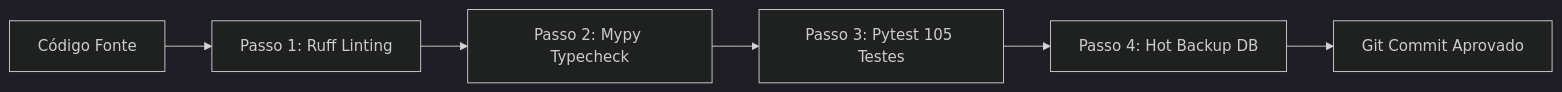
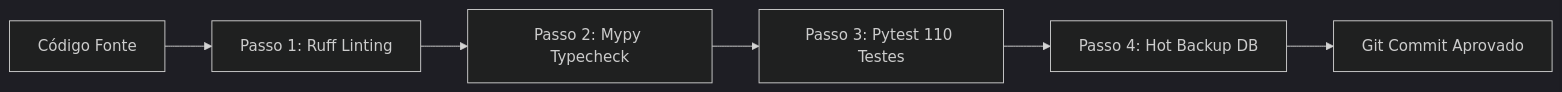
One commit to RobsonMendes37/victor-cell-autobot changed the third of 5 diagrams in docs/guia_engenharia_arquitetura_e_codigo_didatico.md. Above: the diagram before and after it, drawn with Mermaid (dark theme). The commit also changed other lines of this file and 8 other files, not shown here.

````diff
--- a/docs/guia_engenharia_arquitetura_e_codigo_didatico.md
+++ b/docs/guia_engenharia_arquitetura_e_codigo_didatico.md
@@ -333,8 +333,8 @@
 ```mermaid
 flowchart LR
     Dev[Código Fonte] --> Step1[Passo 1: Ruff Linting]
     Step1 --> Step2[Passo 2: Mypy Typecheck]
-    Step2 --> Step3[Passo 3: Pytest 105 Testes]
+    Step2 --> Step3[Passo 3: Pytest 110 Testes]
     Step3 --> Step4[Passo 4: Hot Backup DB]
     Step4 --> Commit[Git Commit Aprovado]
 ```
````
